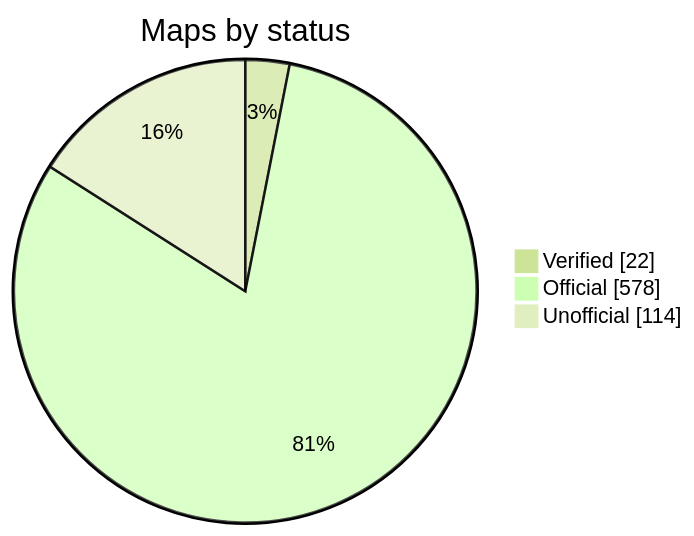
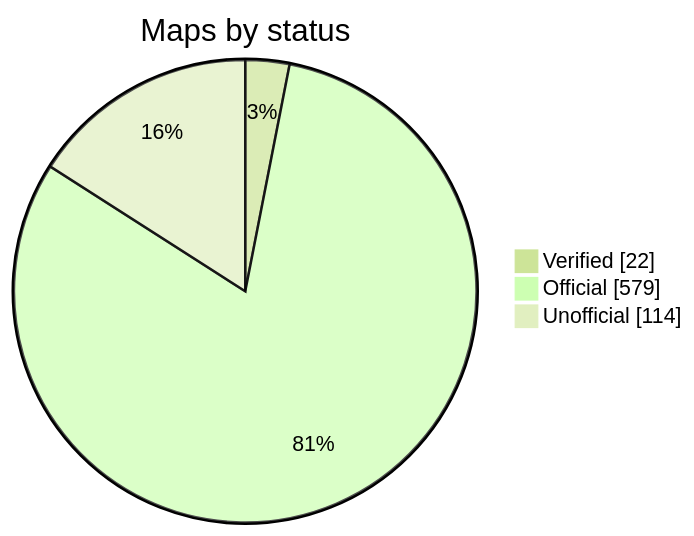
One commit to nobrega8/mbmap-library changed the diagram in README.md. Above: the diagram before and after it, drawn with Mermaid (forest theme). The commit also changed 6 other files, not shown here.

````diff
--- a/README.md
+++ b/README.md
@@ -52,7 +52,7 @@
 ```mermaid
 pie showData
     title Maps by status
     "Verified" : 22
-    "Official" : 578
+    "Official" : 579
     "Unofficial" : 114
 ```
````
